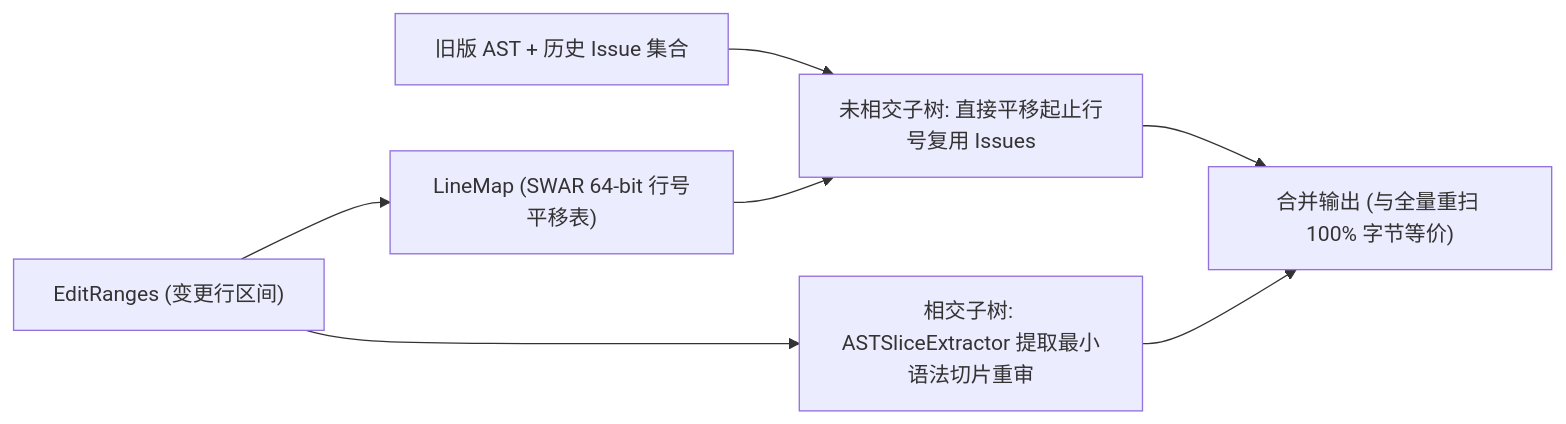
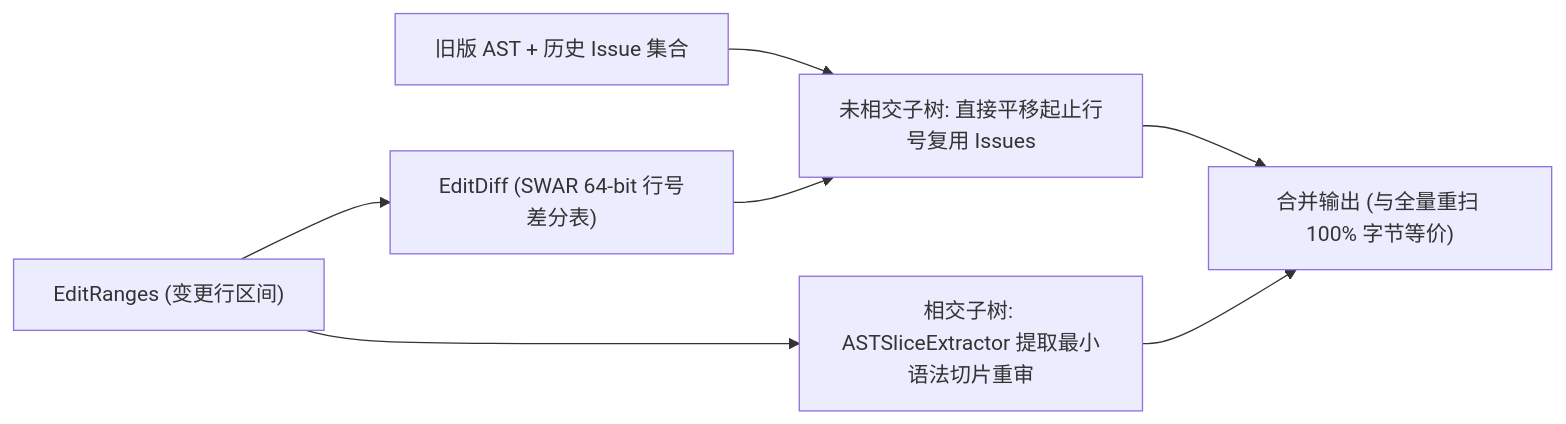
One commit to guilingzhouyi-creator/vscode-extensions changed the diagram in auto-refactor/docs/03-incremental-and-diff/01-line-level-incremental.md. Above: the diagram before and after it, drawn with Mermaid. The commit also changed other lines of this file and 12 other files, not shown here.

````diff
--- a/auto-refactor/docs/03-incremental-and-diff/01-line-level-incremental.md
+++ b/auto-refactor/docs/03-incremental-and-diff/01-line-level-incremental.md
@@ -12,15 +12,15 @@
 ```mermaid
 flowchart LR
     OLD_AST["旧版 AST + 历史 Issue 集合"]
     EDIT["EditRanges (变更行区间)"]
-    LINEMAP["LineMap (SWAR 64-bit 行号平移表)"]
+    DIFF["EditDiff (SWAR 64-bit 行号差分表)"]
     REUSE["未相交子树: 直接平移起止行号复用 Issues"]
     SLICE["相交子树: ASTSliceExtractor 提取最小语法切片重审"]
     MERGED["合并输出 (与全量重扫 100% 字节等价)"]
 
     OLD_AST --> REUSE
-    EDIT --> LINEMAP
-    LINEMAP --> REUSE
+    EDIT --> DIFF
+    DIFF --> REUSE
     EDIT --> SLICE
     REUSE & SLICE --> MERGED
 ```
````
